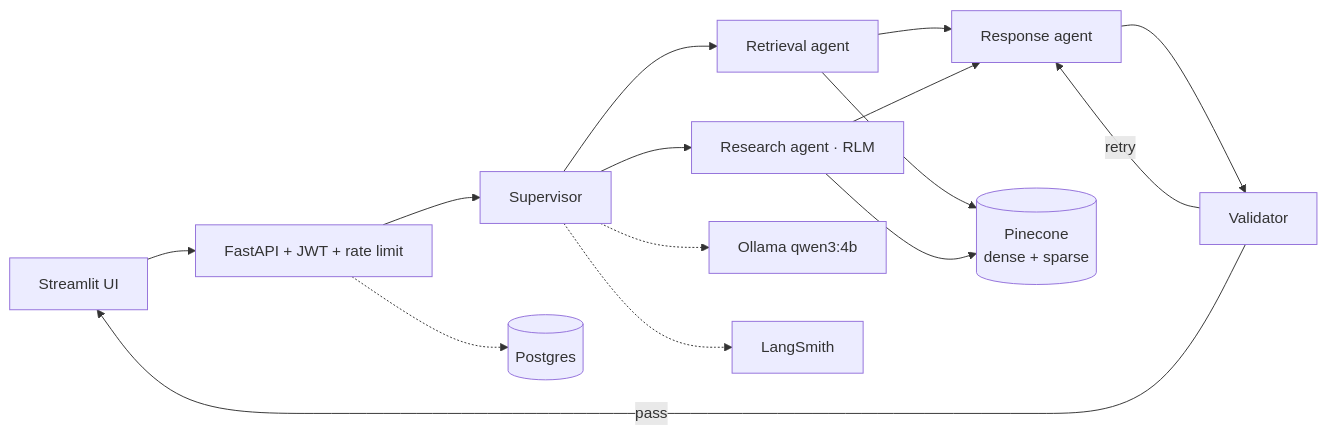
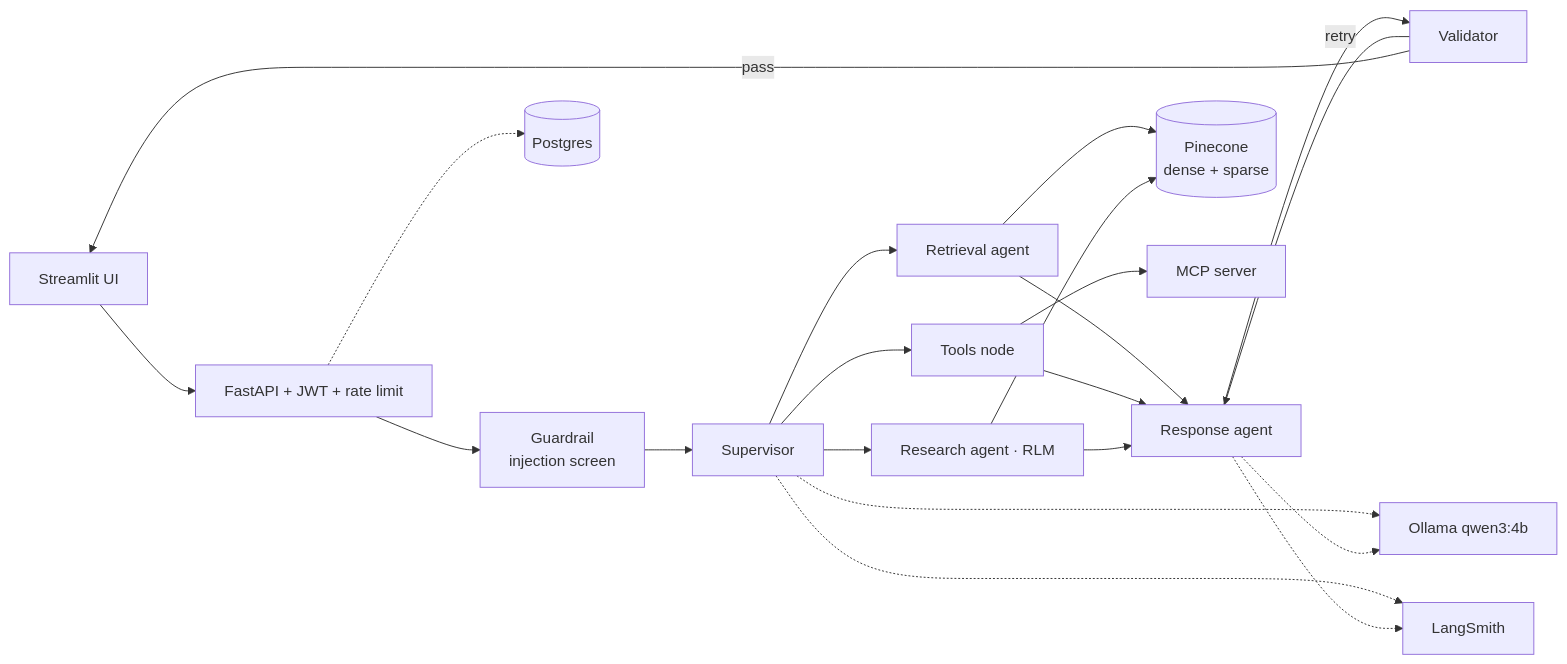
The diagram in README.md (Navojith/enterprise-ai-assistant), drawn with Mermaid before and after one commit. The commit also changed other lines of this file, not shown here.

First line of the commit message:
docs: update README.md to match the actual graph and feature set

````diff
--- a/README.md
+++ b/README.md
@@ -36,17 +41,23 @@
 ```mermaid
 graph LR
     UI[Streamlit UI] --> API[FastAPI + JWT + rate limit]
-    API --> SUP[Supervisor]
+    API --> GRD[Guardrail<br/>injection screen]
+    GRD --> SUP[Supervisor]
     SUP --> RET[Retrieval agent]
+    SUP --> TLS[Tools node]
     SUP --> RES[Research agent · RLM]
     RET --> RSP[Response agent]
+    TLS --> RSP
     RES --> RSP
     RSP --> VAL[Validator]
     VAL -->|retry| RSP
     VAL -->|pass| UI
     RET --> PC[(Pinecone<br/>dense + sparse)]
     RES --> PC
+    TLS --> MCP[MCP server]
     SUP -.-> OLL[Ollama qwen3:4b]
+    RSP -.-> OLL
     API -.-> PG[(Postgres)]
     SUP -.-> LS[LangSmith]
+    RSP -.-> LS
 ```
````
